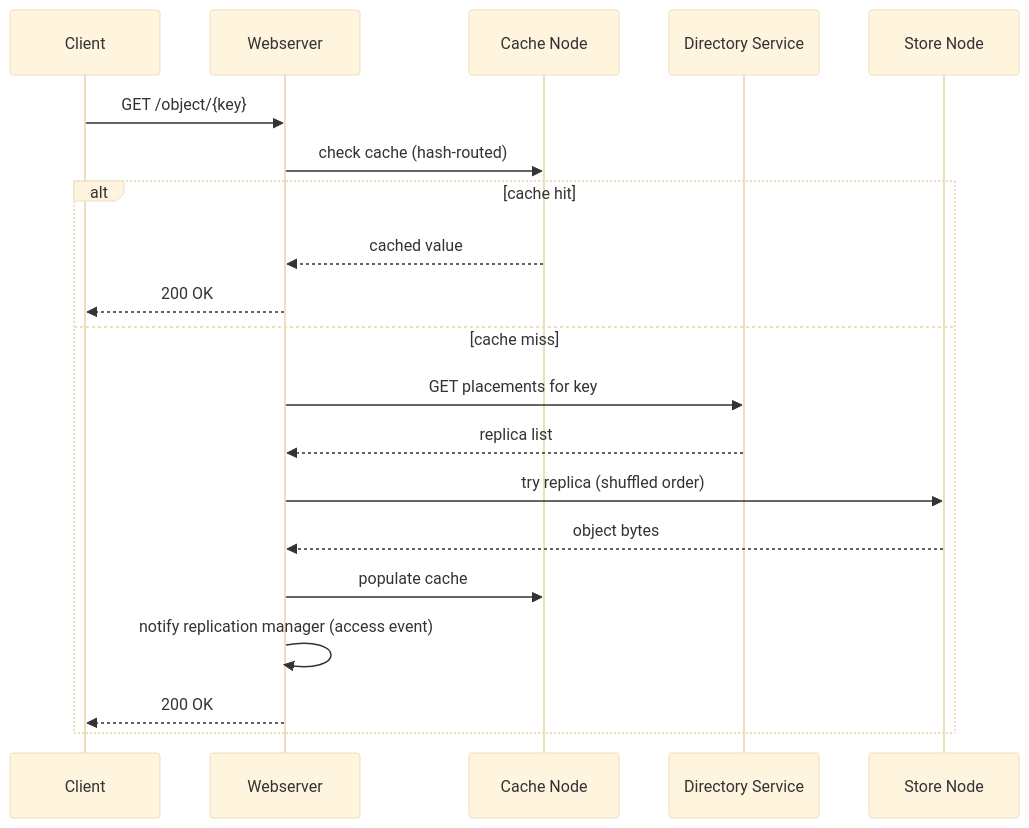
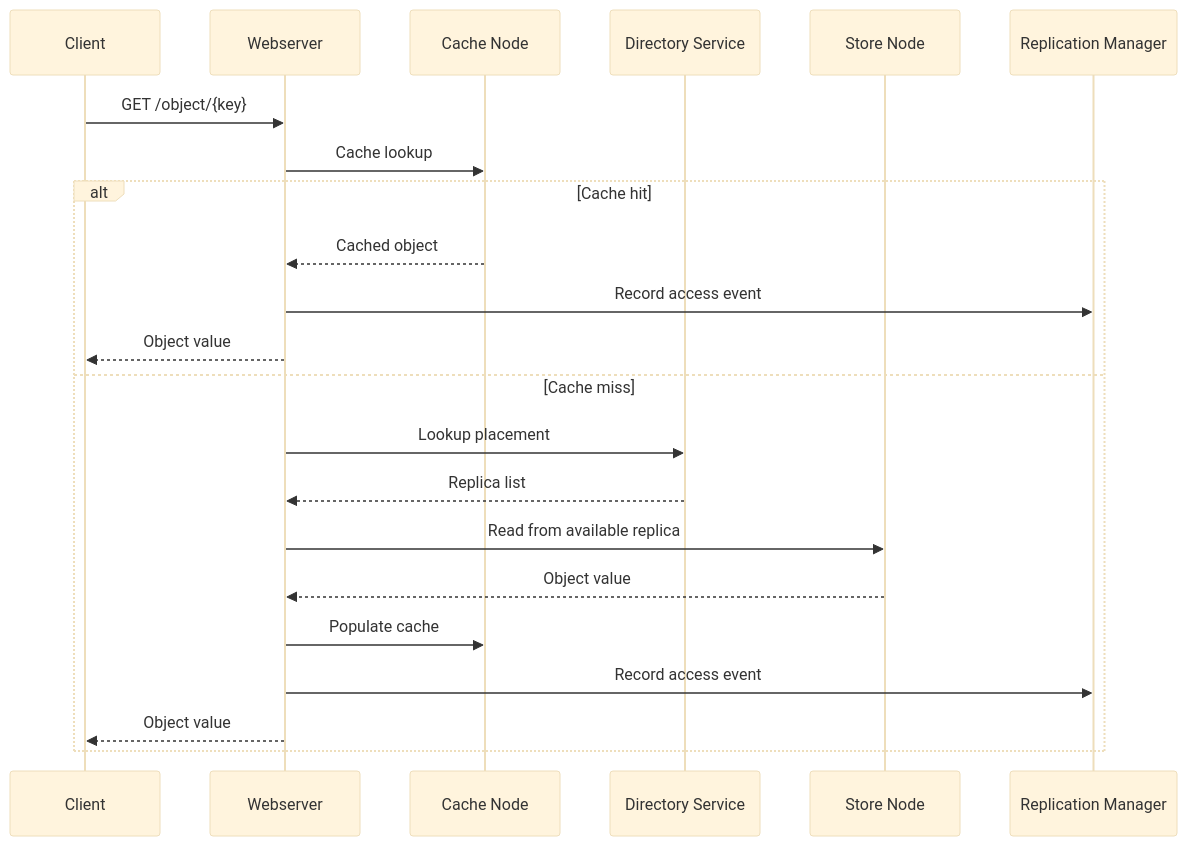
Before and after one commit to Rammanideep-ghantasala/-Haystack-Object-Storage-with-Dynamic-Replication: the third of 5 diagrams in README.md, drawn with Mermaid (base theme). The commit also changed other lines of this file, not shown here.

````diff
--- a/README.md
+++ b/README.md
@@ -207,23 +242,25 @@
 ```mermaid
 sequenceDiagram
     participant C as Client
     participant W as Webserver
-    participant Ca as Cache Node
+    participant Cache as Cache Node
     participant D as Directory Service
     participant S as Store Node
+    participant RM as Replication Manager
 
     C->>W: GET /object/{key}
-    W->>Ca: check cache (hash-routed)
-    alt cache hit
-        Ca-->>W: cached value
-        W-->>C: 200 OK
-    else cache miss
-        W->>D: GET placements for key
-        D-->>W: replica list
-        W->>S: try replica (shuffled order)
-        S-->>W: object bytes
-        W->>Ca: populate cache
-        W->>W: notify replication manager (access event)
-        W-->>C: 200 OK
+    W->>Cache: Cache lookup
+    alt Cache hit
+        Cache-->>W: Cached object
+        W->>RM: Record access event
+        W-->>C: Object value
+    else Cache miss
+        W->>D: Lookup placement
+        D-->>W: Replica list
+        W->>S: Read from available replica
+        S-->>W: Object value
+        W->>Cache: Populate cache
+        W->>RM: Record access event
+        W-->>C: Object value
     end
 ```
````
